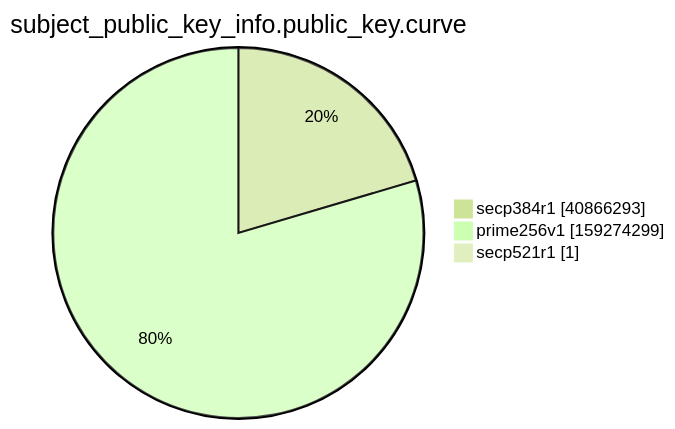
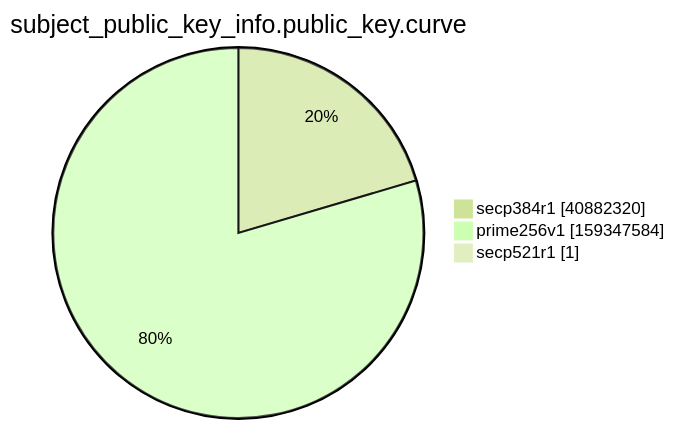
One commit to christiankrug/ctmonitor_visualization changed the ninth of 15 diagrams in xenon2022/README.md. Above: the diagram before and after it, drawn with Mermaid (forest theme). The commit also changed other lines of this file, not shown here.

````diff
--- a/xenon2022/README.md
+++ b/xenon2022/README.md
@@ -2867,7 +2867,7 @@
 ```mermaid
 pie showData
 title subject_public_key_info.public_key.curve
-"secp384r1" :40866293
-"prime256v1" :159274299
+"secp384r1" :40882320
+"prime256v1" :159347584
 "secp521r1" :1
 ```
````
